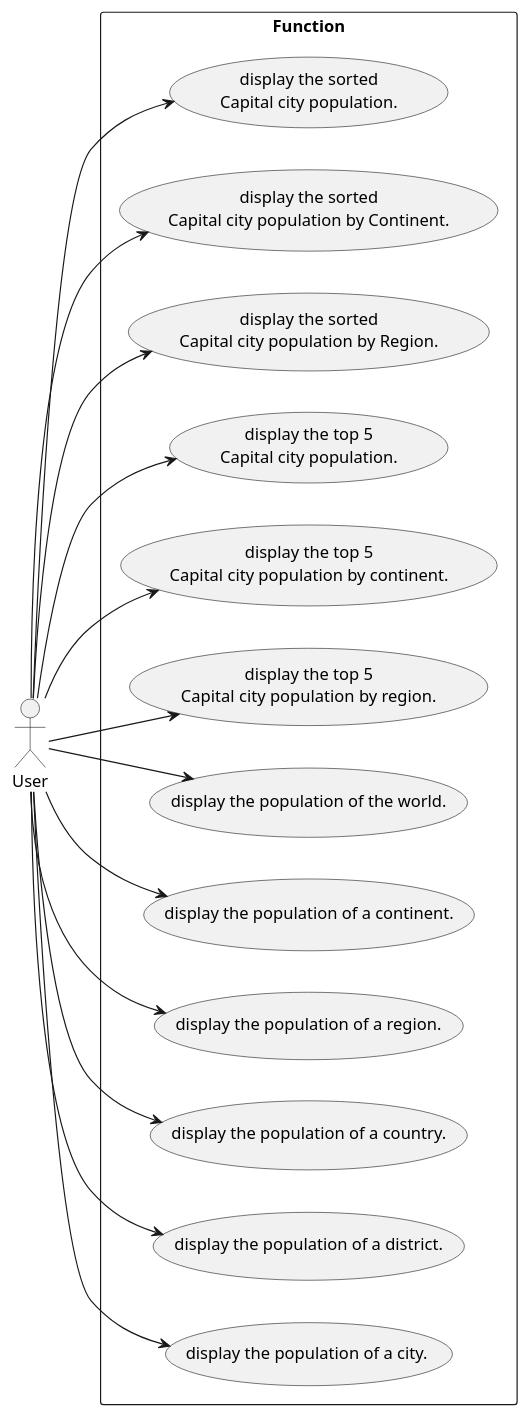
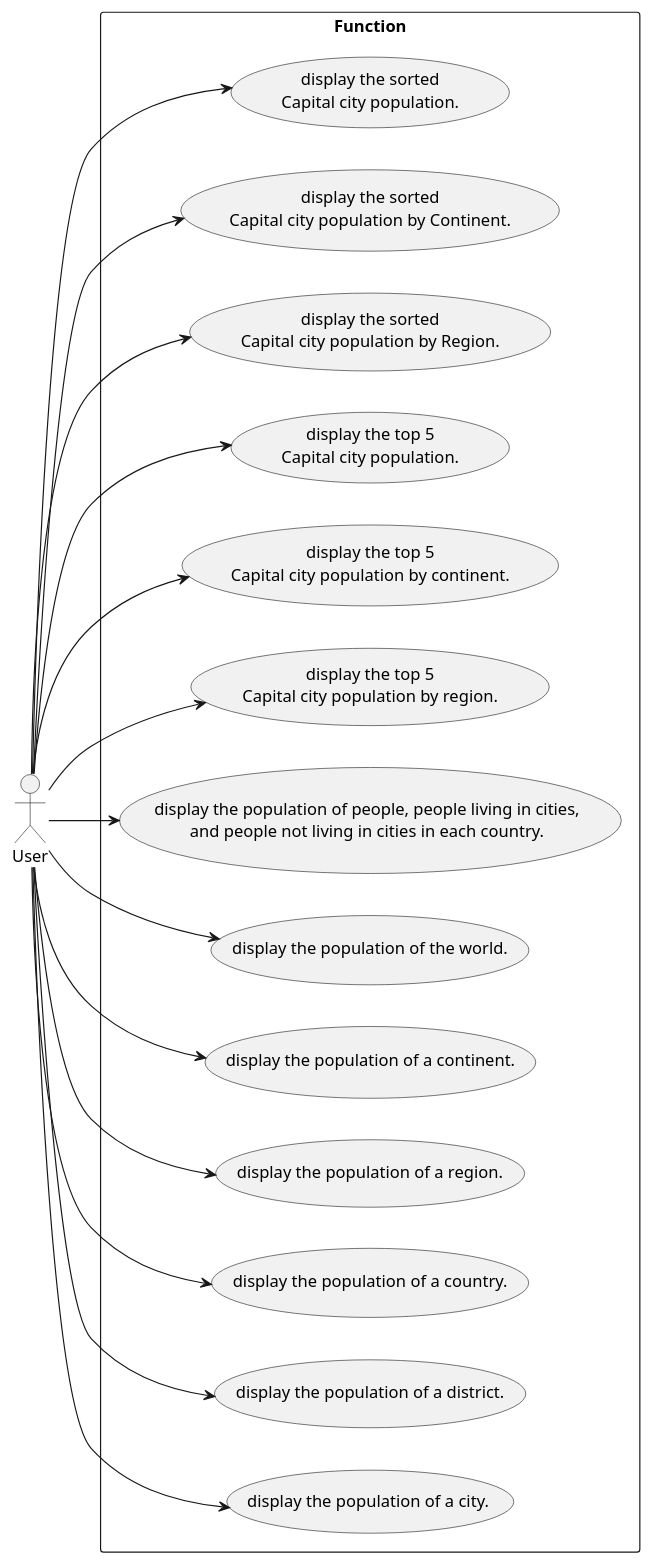
One commit to WintMyatAung/Group-8 changed the diagram in use_case/use_case(17-32).puml. Above: the diagram before and after it, drawn with PlantUML. The commit also changed 3 other files, not shown here.

Commit message:
add the population of people, people living in cities, and people not living in cities in each country query, usecase.md and uml diagram.

```diff
--- a/use_case/use_case(17-32).puml
+++ b/use_case/use_case(17-32).puml
@@ -1,50 +1,54 @@
 @startuml
 left to right direction
 actor User as "User"
 
 rectangle "Function" {
     usecase UC1a as "display the sorted
     Capital city population."
 
     usecase UC2a as "display the sorted
     Capital city population by Continent."
 
     usecase UC3a as "display the sorted
     Capital city population by Region."
 
     usecase UC4a as "display the top 5
     Capital city population."
 
     usecase UC5a as "display the top 5
     Capital city population by continent."
 
     usecase UC6a as "display the top 5
     Capital city population by region."
 
+    usecase UC9a as "display the population of people, people living in cities,
+    and people not living in cities in each country."
+
     usecase UC10a as "display the population of the world."
 
     usecase UC11a as "display the population of a continent."
 
     usecase UC12a as "display the population of a region."
 
     usecase UC13a as "display the population of a country."
 
     usecase UC14a as "display the population of a district."
 
     usecase UC15a as "display the population of a city."
 
 
     User --> UC1a
     User --> UC2a
     User --> UC3a
     User --> UC4a
     User --> UC5a
     User --> UC6a
+    User --> UC9a
     User --> UC10a
     User --> UC11a
     User --> UC12a
     User --> UC13a
     User --> UC14a
     User --> UC15a
 }
 @enduml
```
